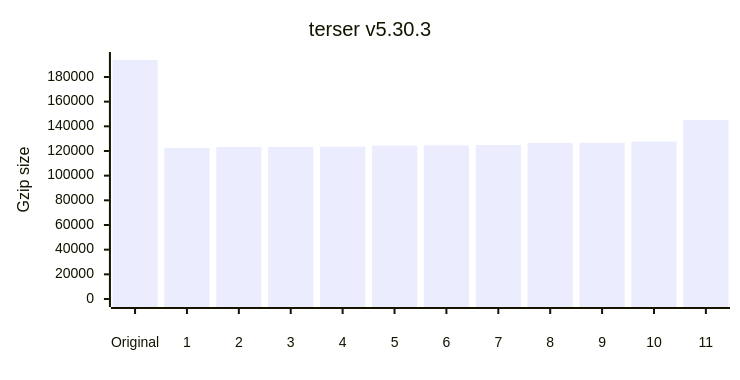
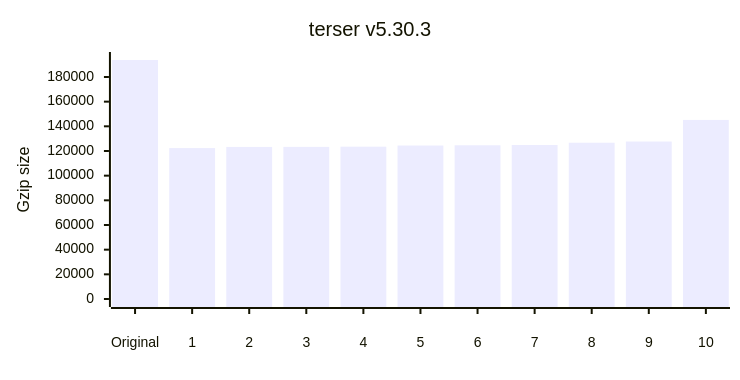
One commit to privatenumber/minification-benchmarks changed the seventh of 12 diagrams in README.md. Above: the diagram before and after it, drawn with Mermaid. The commit also changed other lines of this file and 1 other file, not shown here.

````diff
--- a/README.md
+++ b/README.md
@@ -317,17 +317,17 @@
 ```mermaid
 ---
 config:
     xyChart:
         width: 720
         height: 360
         xAxis:
             labelPadding: 20
         yAxis:
             labelPadding: 10
 ---
 xychart-beta
 	title "terser v5.30.3"
-	x-axis ["Original",1,2,3,4,5,6,7,8,9,10,11]
+	x-axis ["Original",1,2,3,4,5,6,7,8,9,10]
 	y-axis "Gzip size" 0 --> 193763
-	bar [193763,122353,123291,123334,123490,124428,124609,124885,126562,126707,127653,145178]
+	bar [193763,122353,123291,123334,123490,124428,124609,124885,126707,127653,145178]
 ```
````
